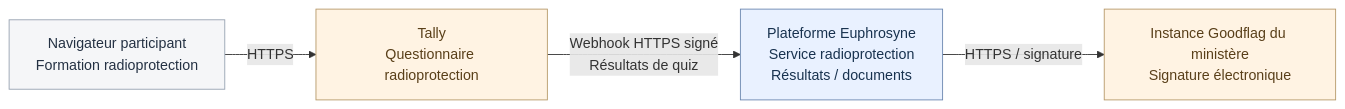
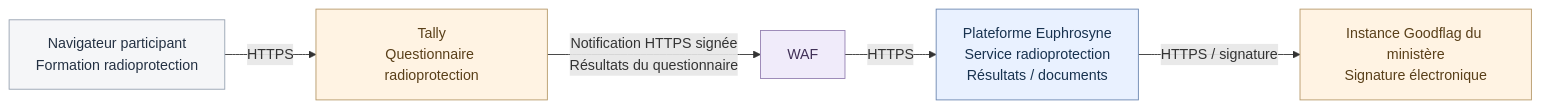
The diagram in docs/technical_architecture_document/assets/services-radioprotection.mmd (betagouv/euphrosyne), drawn with Mermaid before and after one commit. The commit also changed 14 other files, not shown here.

```diff
--- a/docs/technical_architecture_document/assets/services-radioprotection.mmd
+++ b/docs/technical_architecture_document/assets/services-radioprotection.mmd
@@ -1,17 +1,20 @@
 flowchart LR
   participant["Navigateur participant<br/>Formation radioprotection"]
   tally["Tally<br/>Questionnaire radioprotection"]
   radio["Plateforme Euphrosyne<br/>Service radioprotection<br/>Résultats / documents"]
   goodflag["Instance Goodflag du ministère<br/>Signature électronique"]
   participant -->|"HTTPS"| tally
-  tally -->|"Webhook HTTPS signé<br/>Résultats de quiz"| radio
+  waf["WAF"]
+  tally -->|"Notification HTTPS signée<br/>Résultats du questionnaire"| waf
+  waf -->|"HTTPS"| radio
   radio -->|"HTTPS / signature"| goodflag
 
   classDef app fill:#e9f1ff,stroke:#6b87b0,color:#18324f;
   classDef data fill:#e7f5ee,stroke:#669681,color:#17402d;
   classDef access fill:#f5f6f8,stroke:#97a2b1,color:#243143;
   classDef external fill:#fff3e3,stroke:#b69969,color:#593f19;
   classDef control fill:#f0ebfa,stroke:#9480b1,color:#403057;
   class radio app;
   class participant access;
   class tally,goodflag external;
+  class waf control;
```
